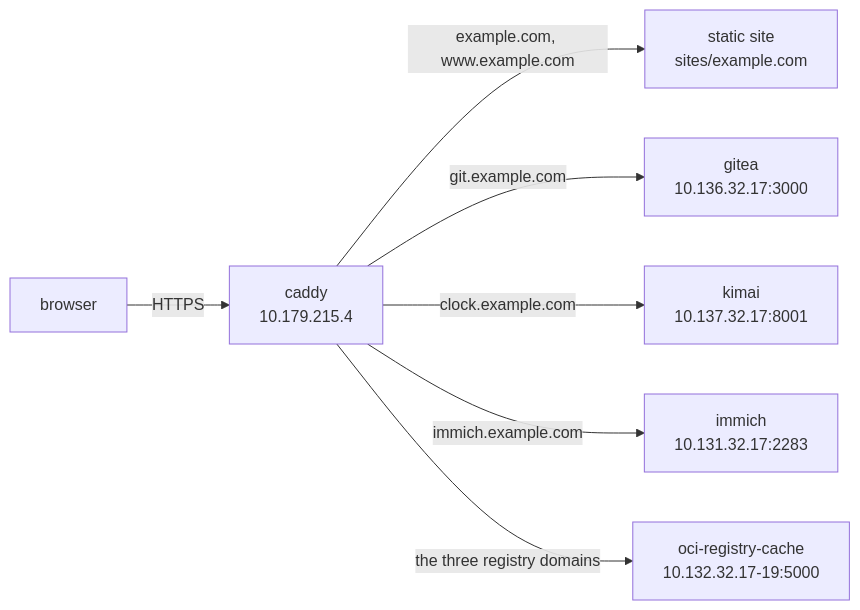
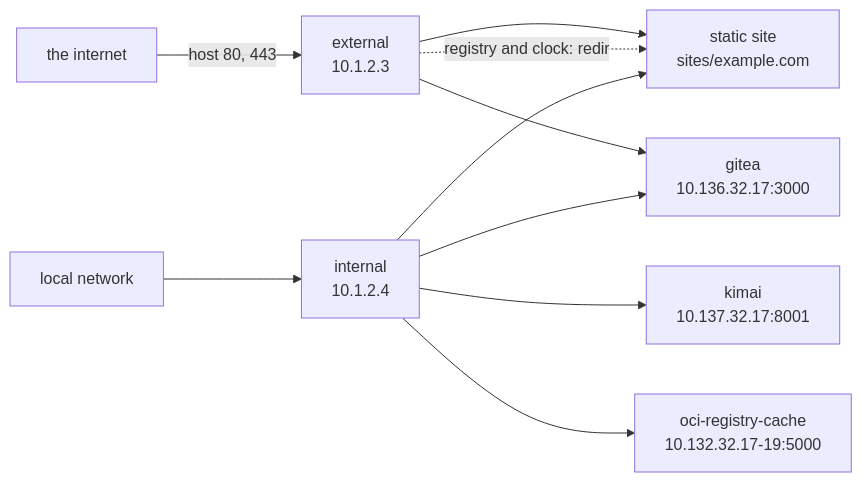
One commit to jochumdev/incus-compose-docs changed the diagram in root/examples/caddy.md. Above: the diagram before and after it, drawn with Mermaid. The commit also changed other lines of this file and 5 other files, not shown here.

````diff
--- a/root/examples/caddy.md
+++ b/root/examples/caddy.md
@@ -34,9 +46,14 @@
 ```mermaid
 flowchart LR
-    B[browser] -->|HTTPS| CAD["caddy<br/>10.179.215.4"]
-    CAD -->|"example.com, www.example.com"| ST["static site<br/>sites/example.com"]
-    CAD -->|git.example.com| G["gitea<br/>10.136.32.17:3000"]
-    CAD -->|clock.example.com| K["kimai<br/>10.137.32.17:8001"]
-    CAD -->|immich.example.com| IM["immich<br/>10.131.32.17:2283"]
-    CAD -->|"the three registry domains"| RG["oci-registry-cache<br/>10.132.32.17-19:5000"]
+    NET[the internet] -->|"host 80, 443"| EX["external<br/>10.1.2.3"]
+    LAN[local network] --> IN["internal<br/>10.1.2.4"]
+
+    EX --> ST["static site<br/>sites/example.com"]
+    EX --> G["gitea<br/>10.136.32.17:3000"]
+    EX -.->|"registry and clock: redir"| ST
+
+    IN --> ST
+    IN --> G
+    IN --> K["kimai<br/>10.137.32.17:8001"]
+    IN --> RG["oci-registry-cache<br/>10.132.32.17-19:5000"]
 ```
````
